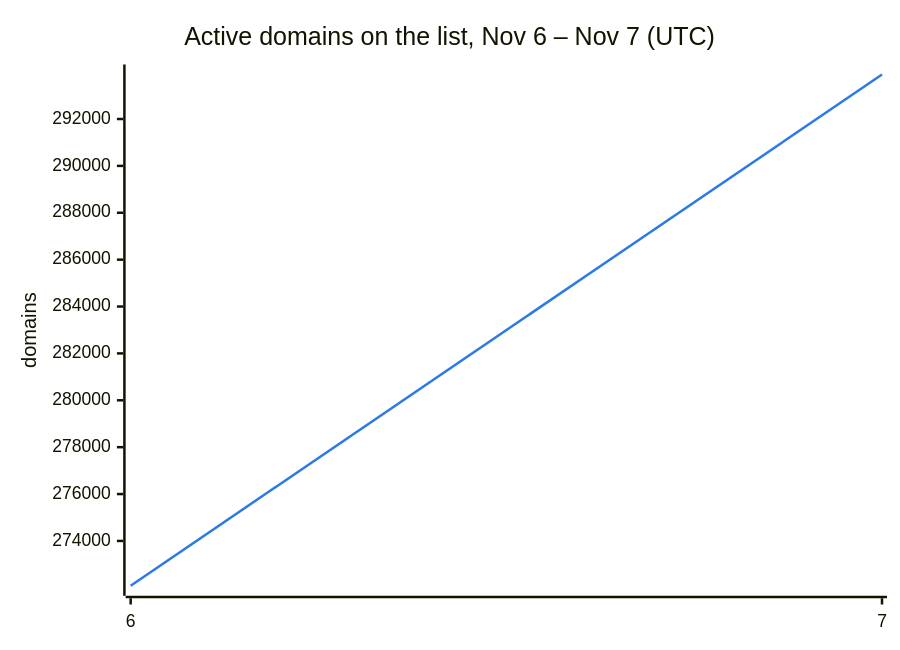
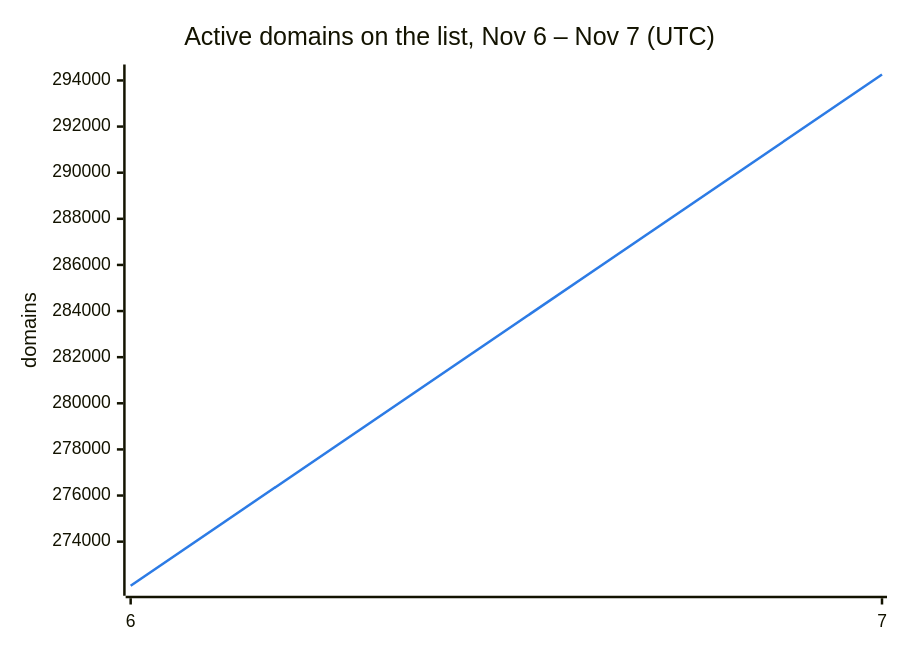
The second of 3 diagrams in README.md (DNSBunker/CTI), drawn with Mermaid before and after one commit. The commit also changed other lines of this file and 3 other files, not shown here.

````diff
--- a/README.md
+++ b/README.md
@@ -38,8 +38,8 @@
 ```mermaid
 %%{init: {"themeVariables": {"xyChart": {"plotColorPalette": "#2c7be5"}}}}%%
 xychart-beta
     title "Active domains on the list, Nov 6 – Nov 7 (UTC)"
     x-axis ["6", "7"]
     y-axis "domains"
-    line [272088, 293899]
+    line [272088, 294258]
 ```
````
